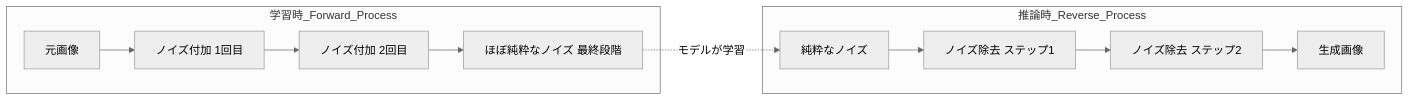
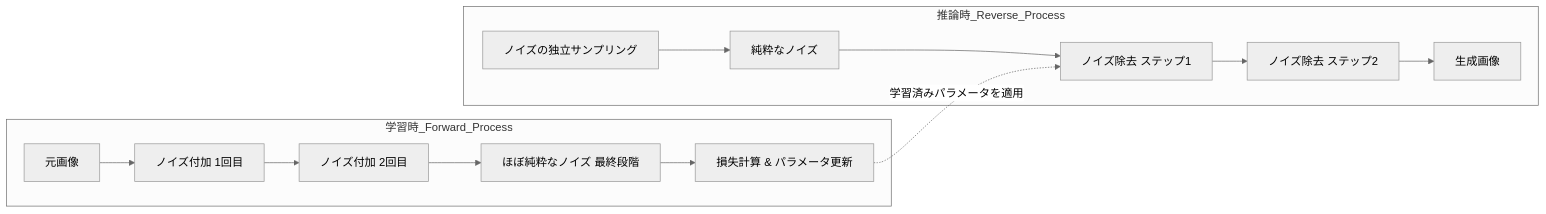
The second of 18 diagrams in Multimodal-image-audio-best-practices-2026.md (myoshi2891/Comparison-of-LLMs), drawn with Mermaid (neutral theme) before and after one commit.

Commit message:
docs(multimodal): fix diffusion training/inference flow in mermaid

````diff
--- a/Multimodal-image-audio-best-practices-2026.md
+++ b/Multimodal-image-audio-best-practices-2026.md
@@ -64,14 +64,16 @@
 ```mermaid
 flowchart LR
     subgraph 学習時_Forward_Process
         A1["元画像"] --> A2["ノイズ付加 1回目"]
         A2 --> A3["ノイズ付加 2回目"]
         A3 --> A4["ほぼ純粋なノイズ 最終段階"]
+        A4 --> A5["損失計算 & パラメータ更新"]
     end
     subgraph 推論時_Reverse_Process
-        B1["純粋なノイズ"] --> B2["ノイズ除去 ステップ1"]
+        B0["ノイズの独立サンプリング"] --> B1["純粋なノイズ"]
+        B1 --> B2["ノイズ除去 ステップ1"]
         B2 --> B3["ノイズ除去 ステップ2"]
         B3 --> B4["生成画像"]
     end
-    A4 -.モデルが学習.-> B1
+    A5 -.学習済みパラメータを適用.-> B2
 ```
````
